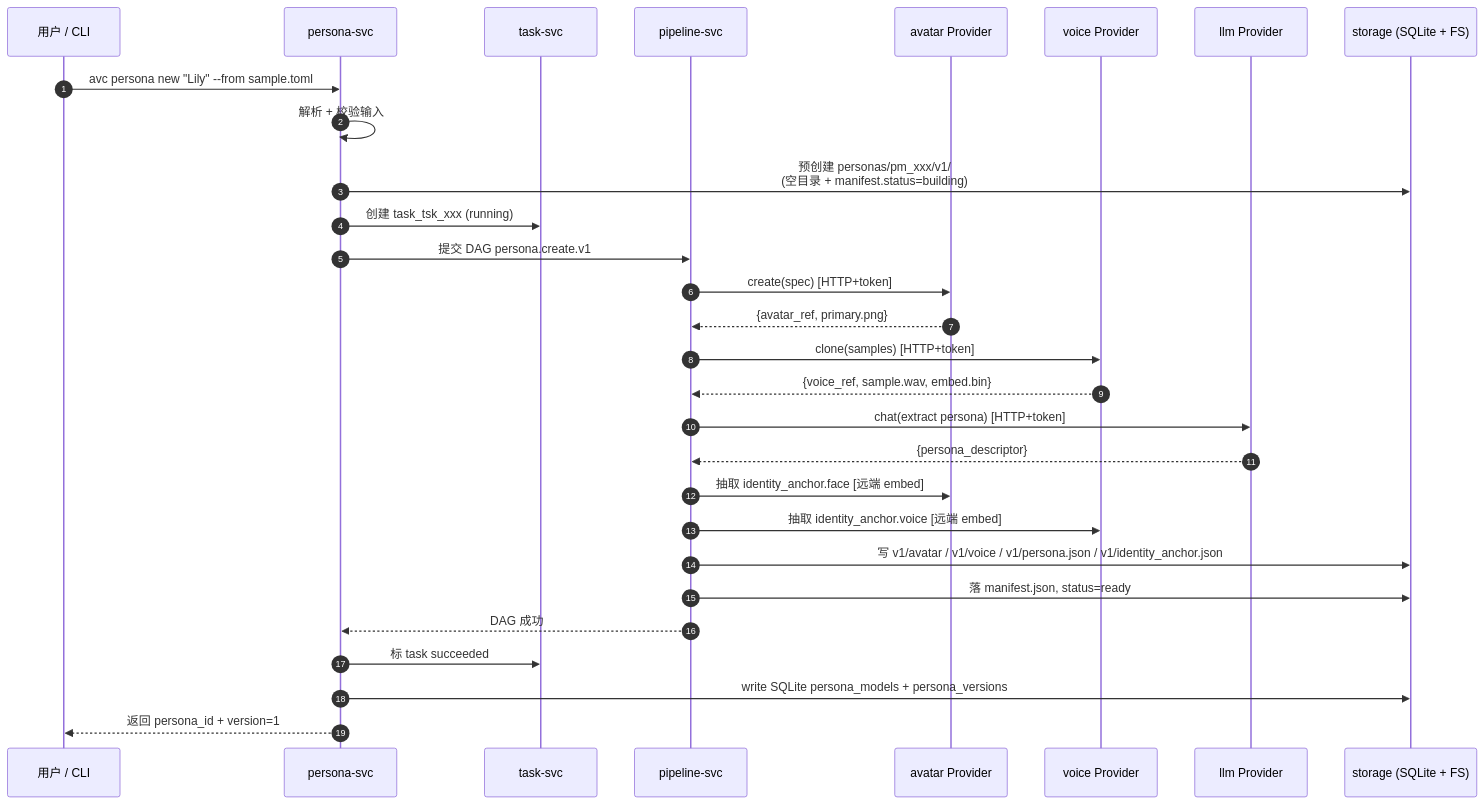
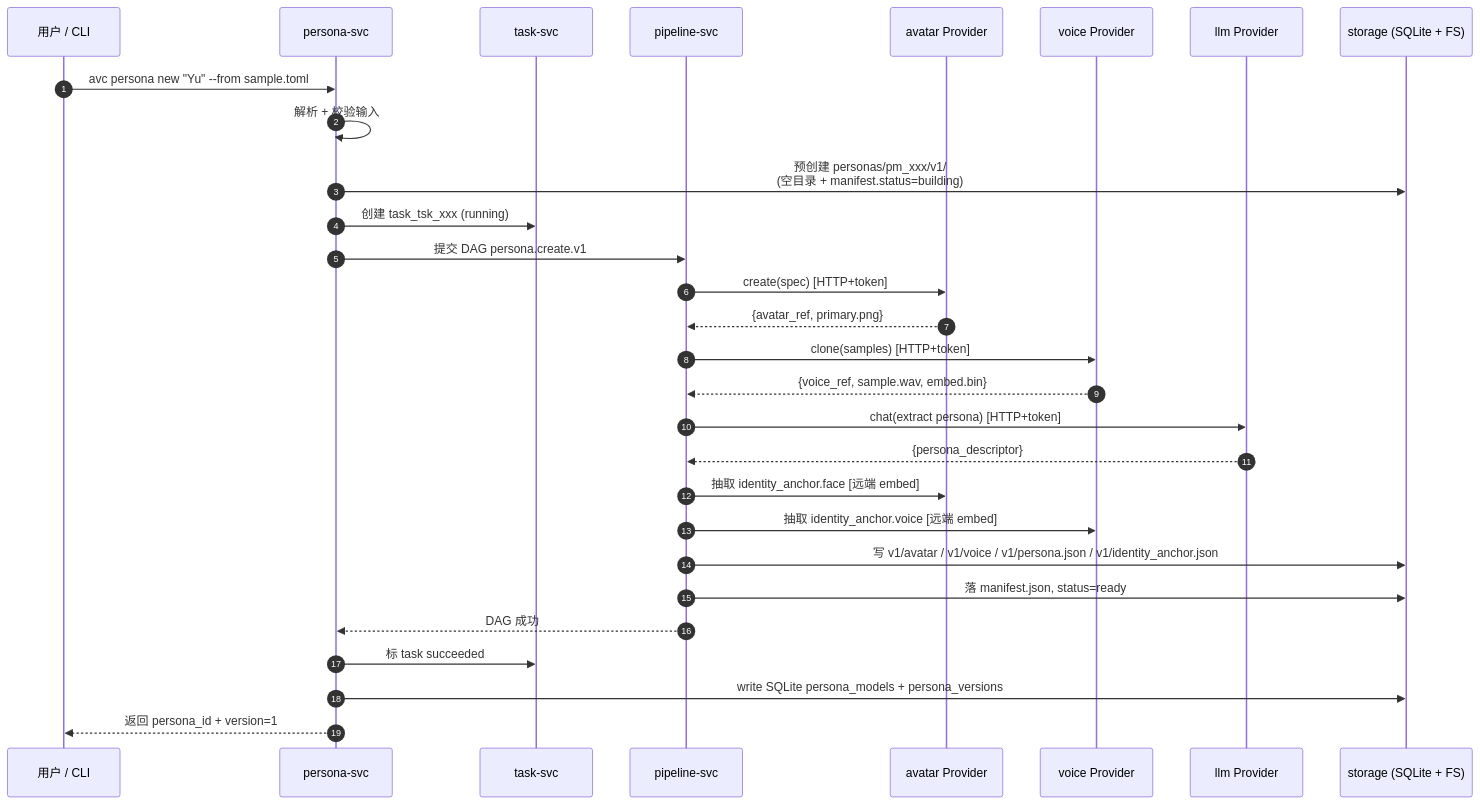
One commit to growdu/avcore changed the second of 20 diagrams in docs/architecture.md. Above: the diagram before and after it, drawn with Mermaid. The commit also changed other lines of this file and 9 other files, not shown here.

````diff
--- a/docs/architecture.md
+++ b/docs/architecture.md
@@ -107,32 +107,32 @@
 ```mermaid
 sequenceDiagram
     autonumber
     participant U as 用户 / CLI
     participant PS as persona-svc
     participant TS as task-svc
     participant PL as pipeline-svc
     participant AP as avatar Provider
     participant VP as voice Provider
     participant LP as llm Provider
     participant ST as storage (SQLite + FS)
 
-    U->>PS: avc persona new "Lily" --from sample.toml
+    U->>PS: avc persona new "Yu" --from sample.toml
     PS->>PS: 解析 + 校验输入
     PS->>ST: 预创建 personas/pm_xxx/v1/<br/>(空目录 + manifest.status=building)
     PS->>TS: 创建 task_tsk_xxx (running)
     PS->>PL: 提交 DAG persona.create.v1
     PL->>AP: create(spec)  [HTTP+token]
     AP-->>PL: {avatar_ref, primary.png}
     PL->>VP: clone(samples)  [HTTP+token]
     VP-->>PL: {voice_ref, sample.wav, embed.bin}
     PL->>LP: chat(extract persona)  [HTTP+token]
     LP-->>PL: {persona_descriptor}
     PL->>AP: 抽取 identity_anchor.face  [远端 embed]
     PL->>VP: 抽取 identity_anchor.voice [远端 embed]
     PL->>ST: 写 v1/avatar / v1/voice / v1/persona.json / v1/identity_anchor.json
     PL->>ST: 落 manifest.json, status=ready
     PL-->>PS: DAG 成功
     PS->>TS: 标 task succeeded
     PS->>ST: write SQLite persona_models + persona_versions
     PS-->>U: 返回 persona_id + version=1
 ```
````
